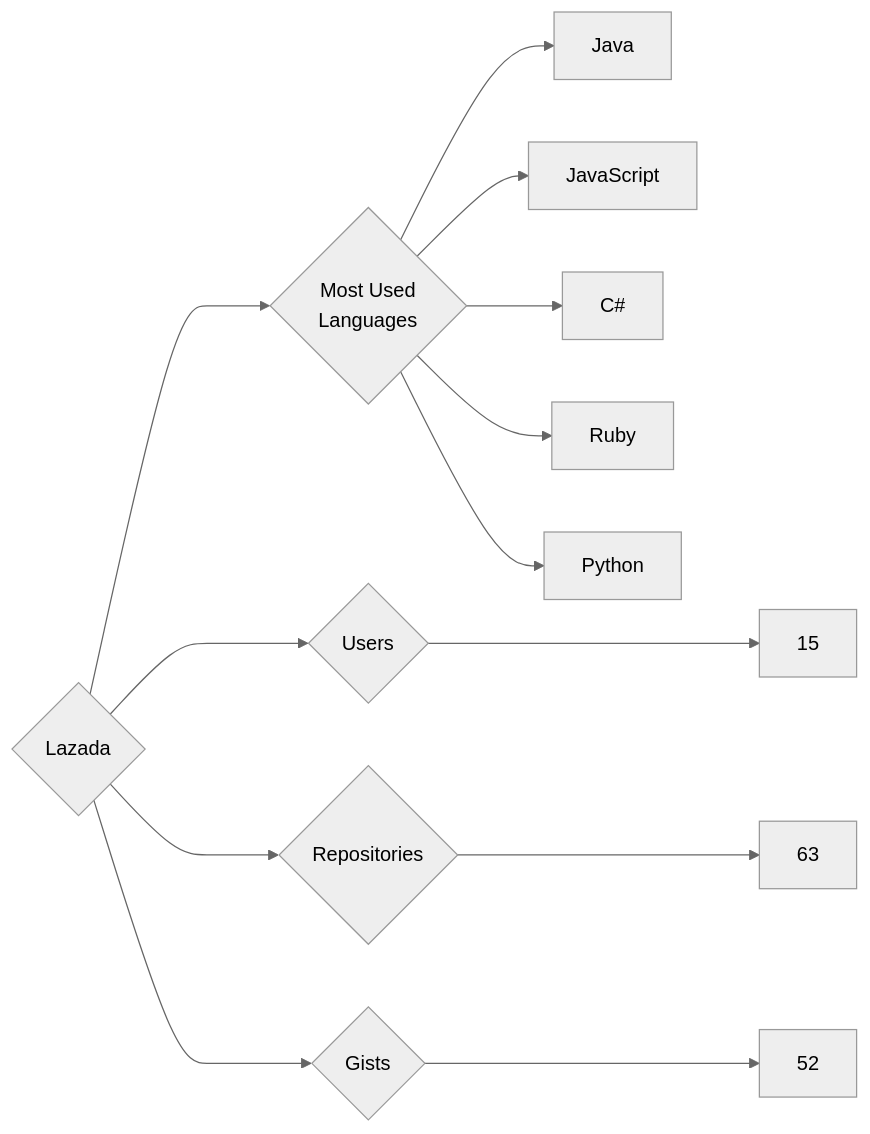
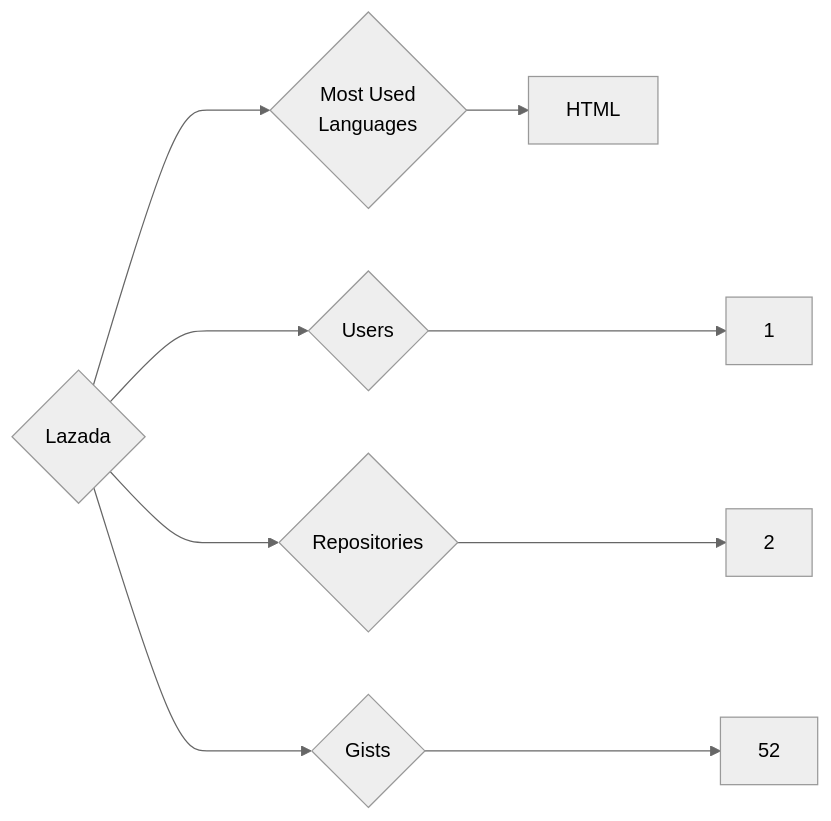
Before and after one commit to trickest/insiders: the diagram in targets/Lazada/README.md, drawn with Mermaid (neutral theme). The commit also changed 874 other files, not shown here.

````diff
--- a/targets/Lazada/README.md
+++ b/targets/Lazada/README.md
@@ -3,13 +3,9 @@
 ```mermaid
 graph LR
 COMPANY_NAME{Lazada}
-COMPANY_NAME ---> U{Users} ---> UN[15]
-COMPANY_NAME ---> R{Repositories} ---> RN[63]
+COMPANY_NAME ---> U{Users} ---> UN[1]
+COMPANY_NAME ---> R{Repositories} ---> RN[2]
 COMPANY_NAME ---> G{Gists} ---> GN[52]
 COMPANY_NAME ---> ML{Most Used<br>Languages}
-ML --> Java[Java]
-ML --> JavaScript[JavaScript]
-ML --> C#[C#]
-ML --> Ruby[Ruby]
-ML --> Python[Python]
+ML --> HTML[HTML]
 ```
````
